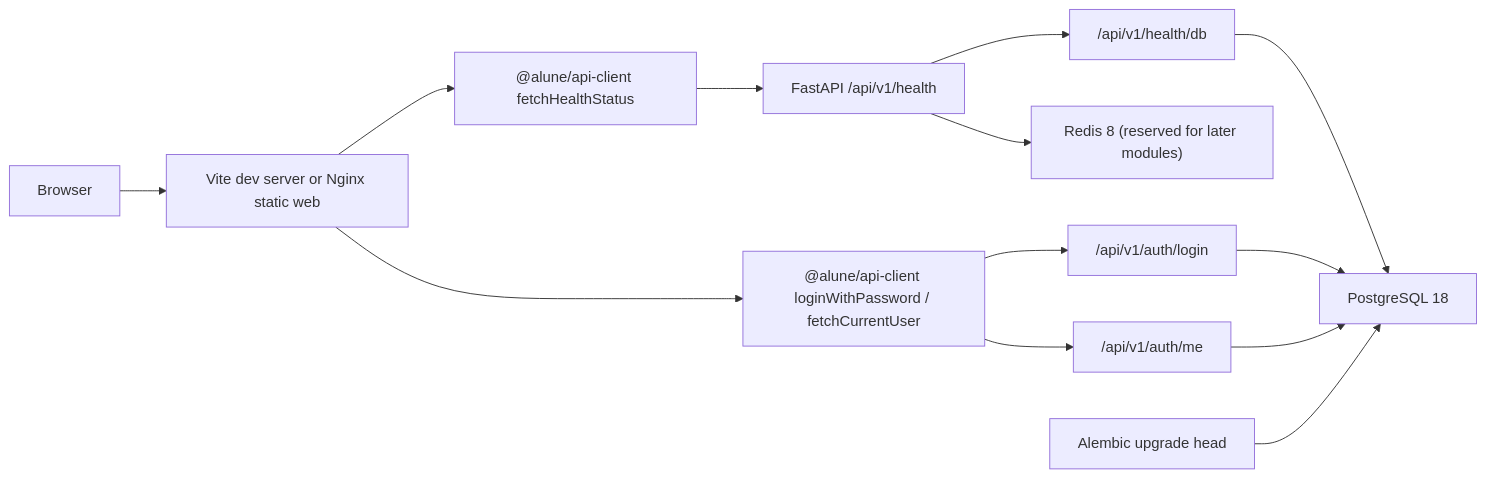
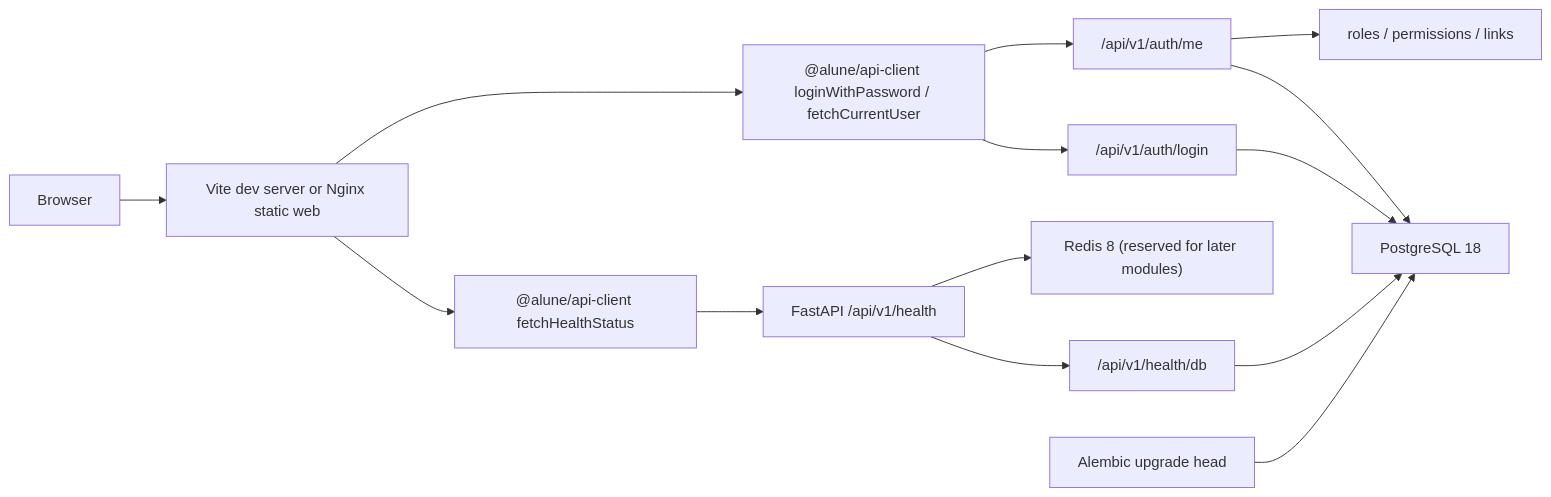
The diagram in docs/architecture.md (alune1212/alune), drawn with Mermaid before and after one commit. The commit also changed other lines of this file and 26 other files, not shown here.

````diff
--- a/docs/architecture.md
+++ b/docs/architecture.md
@@ -66,15 +68,16 @@
 ```mermaid
 flowchart LR
   Browser["Browser"] --> Web["Vite dev server or Nginx static web"]
   Web --> HealthClient["@alune/api-client fetchHealthStatus"]
   Web --> AuthClient["@alune/api-client loginWithPassword / fetchCurrentUser"]
   HealthClient --> API["FastAPI /api/v1/health"]
   AuthClient --> Login["/api/v1/auth/login"]
   AuthClient --> Me["/api/v1/auth/me"]
   API --> DBCheck["/api/v1/health/db"]
   DBCheck --> Postgres["PostgreSQL 18"]
   Login --> Postgres
   Me --> Postgres
+  Me --> Permissions["roles / permissions / links"]
   API --> Redis["Redis 8 (reserved for later modules)"]
   Alembic["Alembic upgrade head"] --> Postgres
 ```
````
